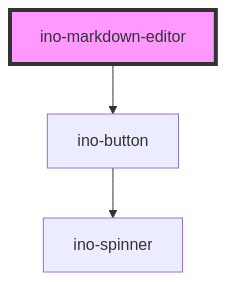
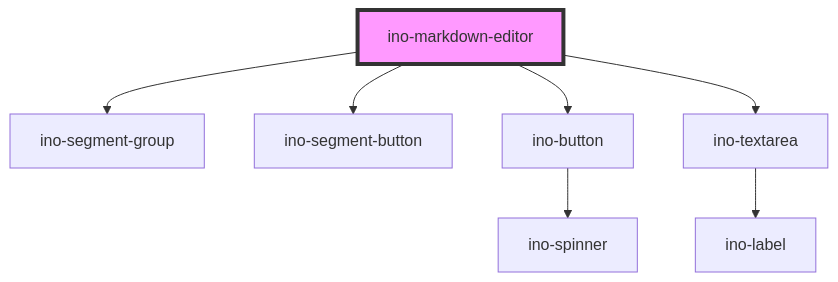
One commit to inovex/elements changed the diagram in packages/elements/src/components/ino-markdown-editor/readme.md. Above: the diagram before and after it, drawn with Mermaid. The commit also changed other lines of this file and 10 other files, not shown here.

Commit message:
feat(elements|ino-markdown-editor): continue

````diff
--- a/packages/elements/src/components/ino-markdown-editor/readme.md
+++ b/packages/elements/src/components/ino-markdown-editor/readme.md
@@ -15,6 +34,10 @@
 ```mermaid
 graph TD;
+  ino-markdown-editor --> ino-segment-group
+  ino-markdown-editor --> ino-segment-button
   ino-markdown-editor --> ino-button
+  ino-markdown-editor --> ino-textarea
   ino-button --> ino-spinner
+  ino-textarea --> ino-label
   style ino-markdown-editor fill:#f9f,stroke:#333,stroke-width:4px
 ```
````
